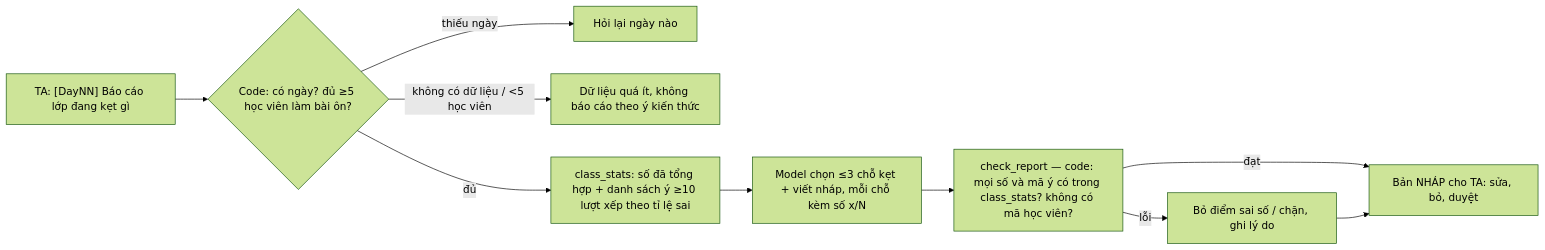
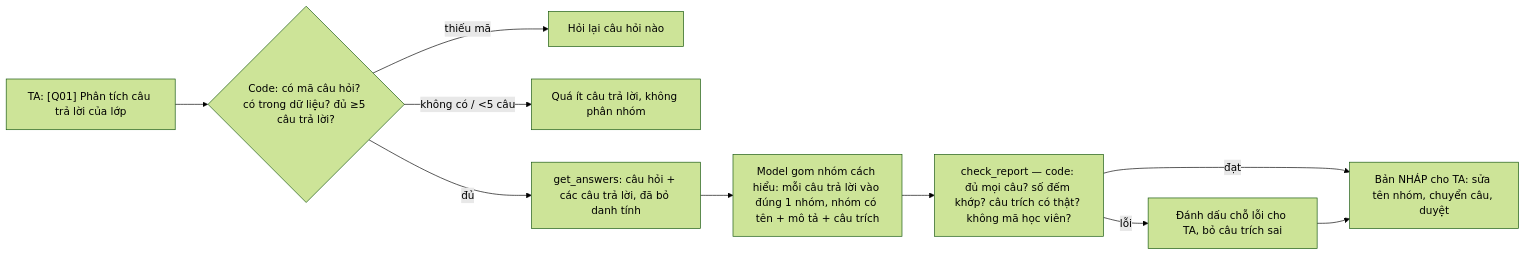
Before and after one commit to TunDangg/K5-Day15-L3A-SoftAndWet: the diagram in spec.md, drawn with Mermaid (forest theme). The commit also changed other lines of this file and 7 other files, not shown here.

Commit message:
docs: Đổi lát cắt sang phân tích câu trả lời mở cho TA; cập nhật spec, canvas, benchmark, metric, data

````diff
--- a/spec.md
+++ b/spec.md
@@ -53,12 +53,12 @@
 ```mermaid
 flowchart LR
-  A["TA: [DayNN] Báo cáo lớp đang kẹt gì"] --> B{Code: có ngày? đủ ≥5 học viên làm bài ôn?}
-  B -->|thiếu ngày| Q[Hỏi lại ngày nào]
-  B -->|không có dữ liệu / <5 học viên| L["Dữ liệu quá ít, không báo cáo theo ý kiến thức"]
-  B -->|đủ| C[class_stats: số đã tổng hợp + danh sách ý ≥10 lượt xếp theo tỉ lệ sai]
-  C --> D[Model chọn ≤3 chỗ kẹt + viết nháp, mỗi chỗ kèm số x/N]
-  D --> E[check_report — code: mọi số và mã ý có trong class_stats? không có mã học viên?]
-  E -->|lỗi| F[Bỏ điểm sai số / chặn, ghi lý do]
-  E -->|đạt| G["Bản NHÁP cho TA: sửa, bỏ, duyệt"]
+  A["TA: [Q01] Phân tích câu trả lời của lớp"] --> B{Code: có mã câu hỏi? có trong dữ liệu? đủ ≥5 câu trả lời?}
+  B -->|thiếu mã| Q[Hỏi lại câu hỏi nào]
+  B -->|không có / <5 câu| L["Quá ít câu trả lời, không phân nhóm"]
+  B -->|đủ| C[get_answers: câu hỏi + các câu trả lời, đã bỏ danh tính]
+  C --> D[Model gom nhóm cách hiểu: mỗi câu trả lời vào đúng 1 nhóm, nhóm có tên + mô tả + câu trích]
+  D --> E[check_report — code: đủ mọi câu? số đếm khớp? câu trích có thật? không mã học viên?]
+  E -->|lỗi| F[Đánh dấu chỗ lỗi cho TA, bỏ câu trích sai]
+  E -->|đạt| G["Bản NHÁP cho TA: sửa tên nhóm, chuyển câu, duyệt"]
   F --> G
 ```
````
